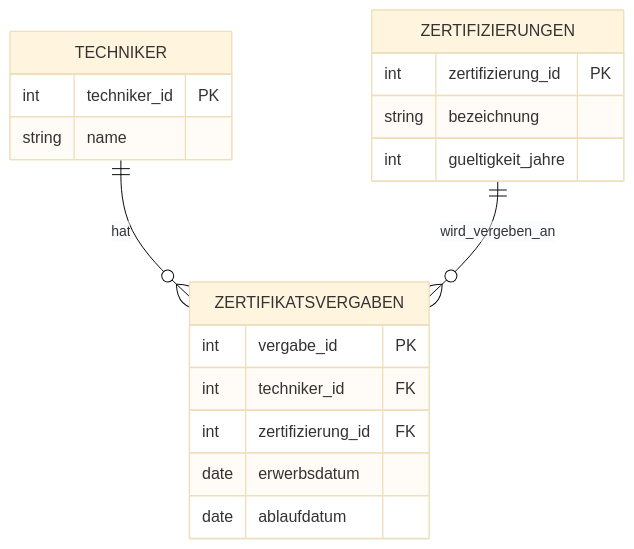
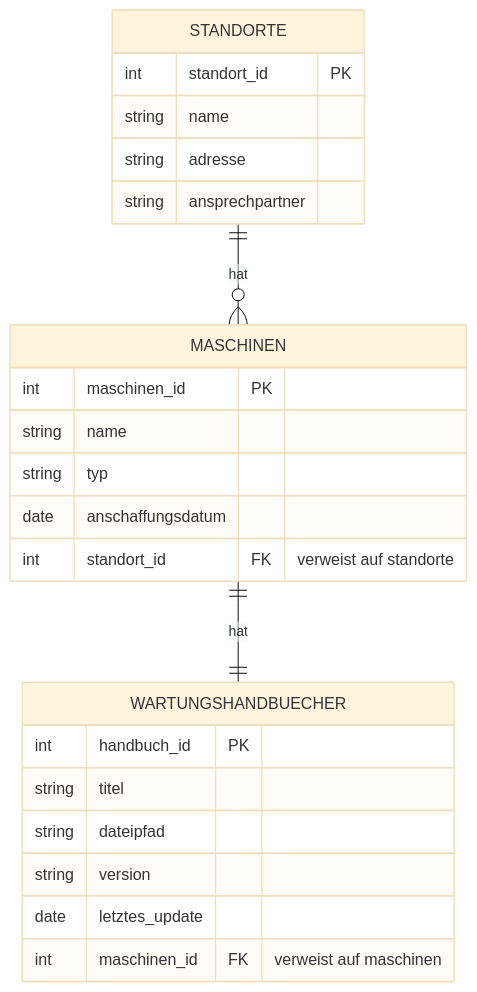
The eighth of 11 diagrams in docs/database/modellierung.md (mciwing/data-campus), drawn with Mermaid (base theme) before and after one commit. The commit also changed other lines of this file, not shown here.

````diff
--- a/docs/database/modellierung.md
+++ b/docs/database/modellierung.md
@@ -431,24 +468,29 @@
         ```mermaid
         erDiagram
-            TECHNIKER ||--o{ ZERTIFIKATSVERGABEN : "hat"
-            ZERTIFIZIERUNGEN ||--o{ ZERTIFIKATSVERGABEN : "wird_vergeben_an"
+            STANDORTE ||--o{ MASCHINEN : "hat"
+            MASCHINEN ||--|| WARTUNGSHANDBUECHER : "hat"
 
-            TECHNIKER {
-                int techniker_id PK
+            STANDORTE {
+                int standort_id PK
                 string name
+                string adresse
+                string ansprechpartner
             }
 
-            ZERTIFIZIERUNGEN {
-                int zertifizierung_id PK
-                string bezeichnung
-                int gueltigkeit_jahre
+            MASCHINEN {
+                int maschinen_id PK
+                string name
+                string typ
+                date anschaffungsdatum
+                int standort_id FK "verweist auf standorte"
             }
 
-            ZERTIFIKATSVERGABEN {
-                int vergabe_id PK
-                int techniker_id FK
-                int zertifizierung_id FK
-                date erwerbsdatum
-                date ablaufdatum
+            WARTUNGSHANDBUECHER {
+                int handbuch_id PK
+                string titel
+                string dateipfad
+                string version
+                date letztes_update
+                int maschinen_id FK "verweist auf maschinen"
             }
         ```
````
